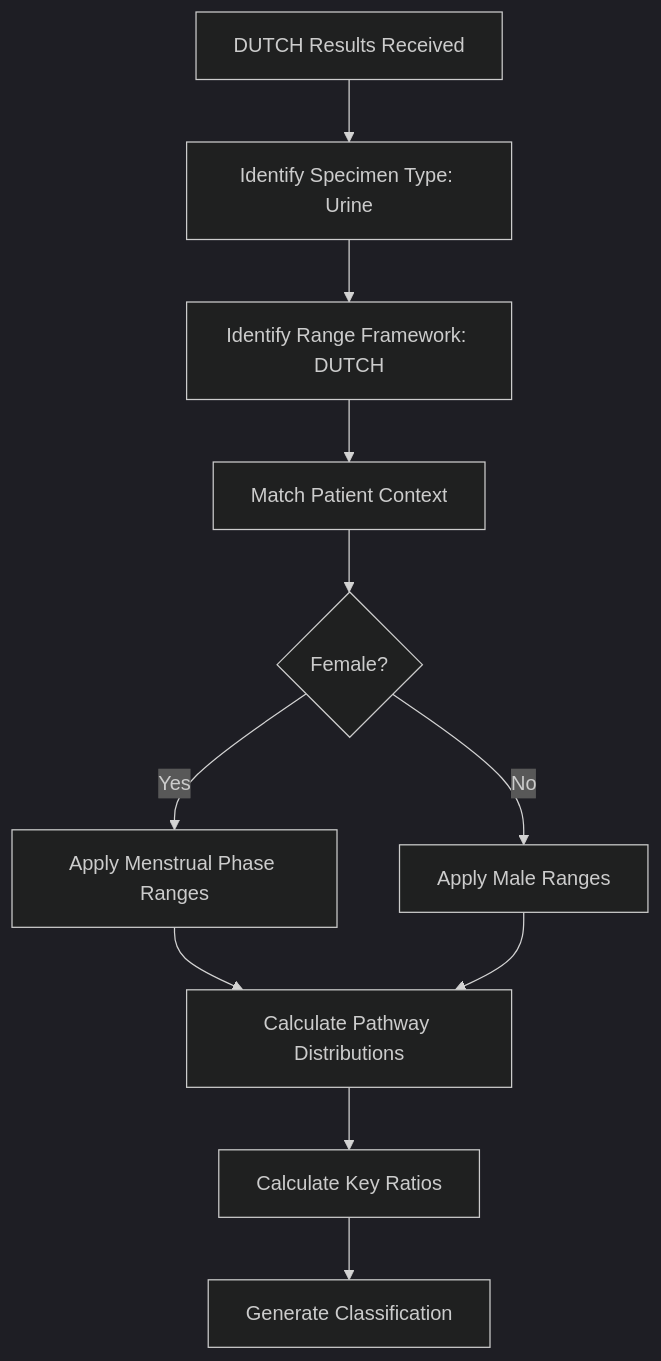
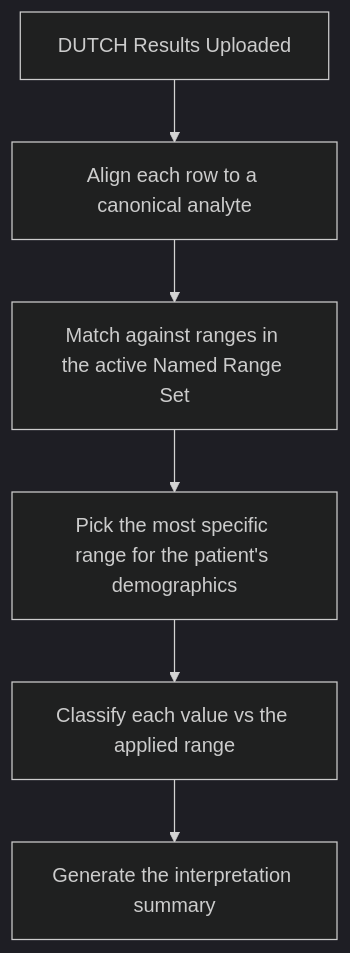
The diagram in docs/testing-methodologies/dutch-test.md (Hulupeep/healthplus-help), drawn with Mermaid (dark theme) before and after one commit. The commit also changed other lines of this file, not shown here.

First line of the commit message:
docs: de-drift DUTCH Test page to real platform behavior (#33)

````diff
--- a/docs/testing-methodologies/dutch-test.md
+++ b/docs/testing-methodologies/dutch-test.md
@@ -117,13 +118,8 @@
 ```mermaid
 flowchart TD
-    A[DUTCH Results Received] --> B[Identify Specimen Type: Urine]
-    B --> C[Identify Range Framework: DUTCH]
-    C --> D[Match Patient Context]
-    D --> E{Female?}
-    E -->|Yes| F[Apply Menstrual Phase Ranges]
-    E -->|No| G[Apply Male Ranges]
-    F --> H[Calculate Pathway Distributions]
-    G --> H
-    H --> I[Calculate Key Ratios]
-    I --> J[Generate Classification]
+    A[DUTCH Results Uploaded] --> B[Align each row to a canonical analyte]
+    B --> C[Match against ranges in the active Named Range Set]
+    C --> D[Pick the most specific range for the patient's demographics]
+    D --> E[Classify each value vs the applied range]
+    E --> F[Generate the interpretation summary]
 ```
````
